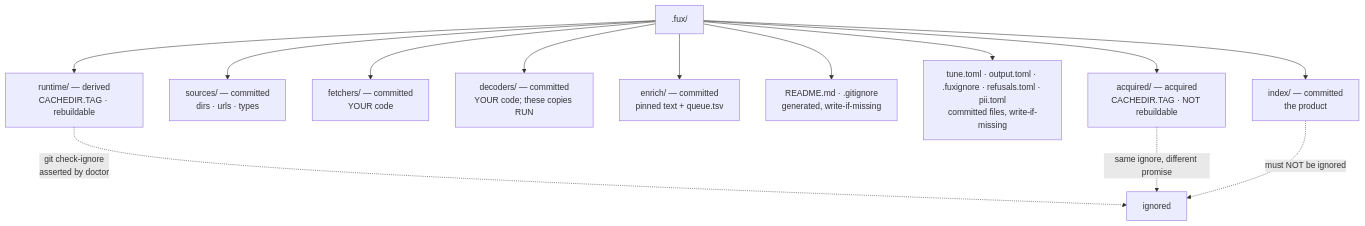
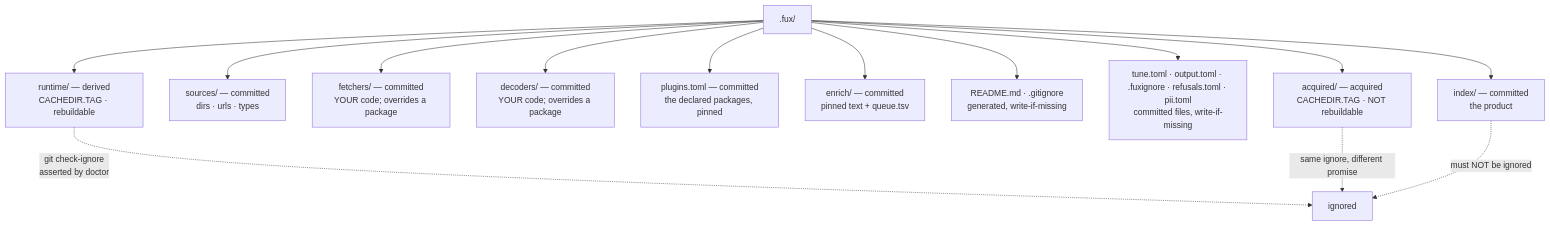
The diagram in records/0102_fux-directory.md (arpitarya/fux), drawn with Mermaid before and after one commit. The commit also changed other lines of this file and 121 other files, not shown here.

````diff
--- a/records/0102_fux-directory.md
+++ b/records/0102_fux-directory.md
@@ -54,16 +55,17 @@
 ```mermaid
 flowchart TD
     F[".fux/"]
     F --> C1["index/ — committed<br/>the product"]
     F --> C2["sources/ — committed<br/>dirs · urls · types"]
-    F --> C3["fetchers/ — committed<br/>YOUR code"]
-    F --> C4["decoders/ — committed<br/>YOUR code; these copies RUN"]
+    F --> C3["fetchers/ — committed<br/>YOUR code; overrides a package"]
+    F --> C4["decoders/ — committed<br/>YOUR code; overrides a package"]
+    F --> C8["plugins.toml — committed<br/>the declared packages, pinned"]
     F --> C5["enrich/ — committed<br/>pinned text + queue.tsv"]
     F --> C6["README.md · .gitignore<br/>generated, write-if-missing"]
     F --> C7["tune.toml · output.toml · .fuxignore · refusals.toml · pii.toml<br/>committed files, write-if-missing"]
     F --> D1["runtime/ — derived<br/>CACHEDIR.TAG · rebuildable"]
     F --> A1["acquired/ — acquired<br/>CACHEDIR.TAG · NOT rebuildable"]
     D1 -.->|"git check-ignore<br/>asserted by doctor"| G["ignored"]
     A1 -.->|"same ignore, different promise"| G
     C1 -.->|"must NOT be ignored"| G
 ```
````
